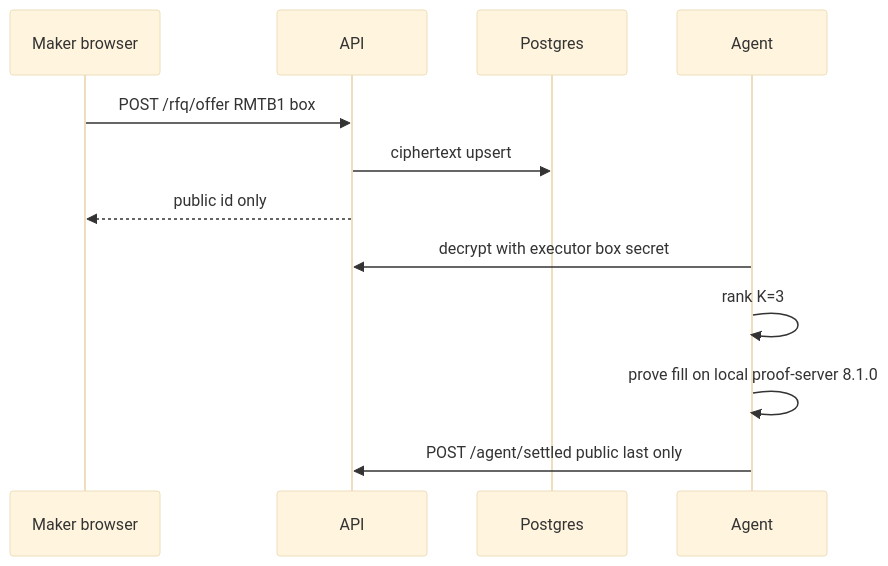
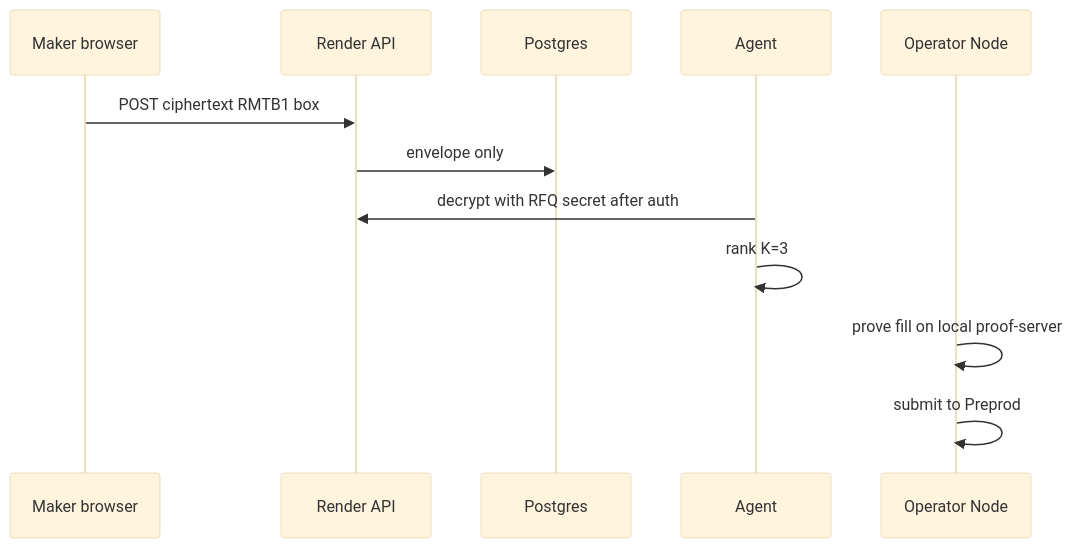
The fifth of 9 diagrams in README.md (mohamedwael201193/REMIT), drawn with Mermaid (base theme) before and after one commit. The commit also changed other lines of this file and 8 other files, not shown here.

````diff
--- a/README.md
+++ b/README.md
@@ -234,14 +221,14 @@
 ```mermaid
 sequenceDiagram
   participant M as Maker browser
-  participant API as API
-  participant PG as Postgres
+  participant API as Render API
+  participant DB as Postgres
   participant A as Agent
-  M->>API: POST /rfq/offer  RMTB1 box
-  API->>PG: ciphertext upsert
-  API-->>M: public id only
-  A->>API: decrypt with executor box secret
+  participant N as Operator Node
+  M->>API: POST ciphertext RMTB1 box
+  API->>DB: envelope only
+  A->>API: decrypt with RFQ secret after auth
   A->>A: rank K=3
-  A->>A: prove fill on local proof-server 8.1.0
-  A->>API: POST /agent/settled  public last only
+  N->>N: prove fill on local proof-server
+  N->>N: submit to Preprod
 ```
````
